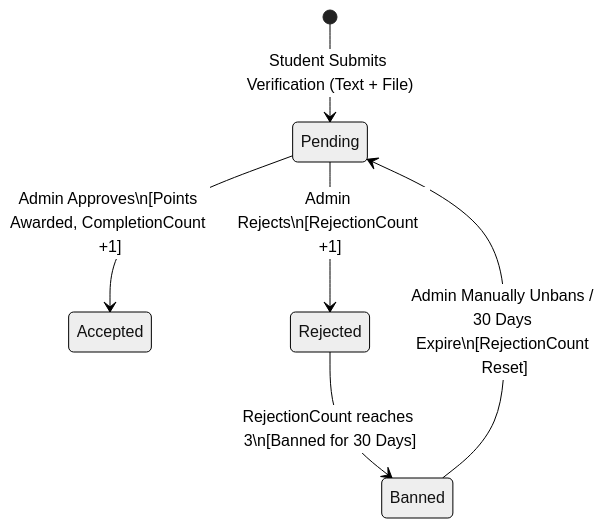
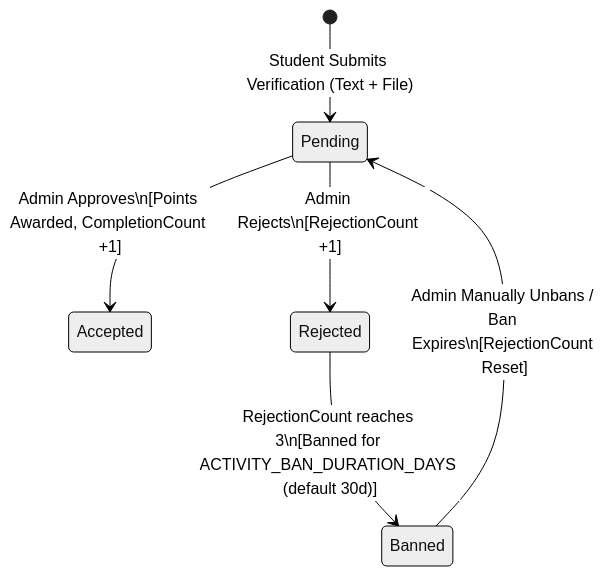
Before and after one commit to mohammadhassan-binabaji/work-school-reward-system-fullstack: the fourth of 4 diagrams in specs/001-student-reward-backend/data-model.md, drawn with Mermaid (neutral theme). The commit also changed other lines of this file and 6 other files, not shown here.

````diff
--- a/specs/001-student-reward-backend/data-model.md
+++ b/specs/001-student-reward-backend/data-model.md
@@ -372,10 +372,10 @@
 ```mermaid
 stateDiagram-v2
     [*] --> Pending: Student Submits Verification (Text + File)
     
     Pending --> Accepted: Admin Approves\n[Points Awarded, CompletionCount +1]
     Pending --> Rejected: Admin Rejects\n[RejectionCount +1]
     
-    Rejected --> Banned: RejectionCount reaches 3\n[Banned for 30 Days]
-    Banned --> Pending: Admin Manually Unbans / 30 Days Expire\n[RejectionCount Reset]
+    Rejected --> Banned: RejectionCount reaches 3\n[Banned for ACTIVITY_BAN_DURATION_DAYS (default 30d)]
+    Banned --> Pending: Admin Manually Unbans / Ban Expires\n[RejectionCount Reset]
 ```
````
